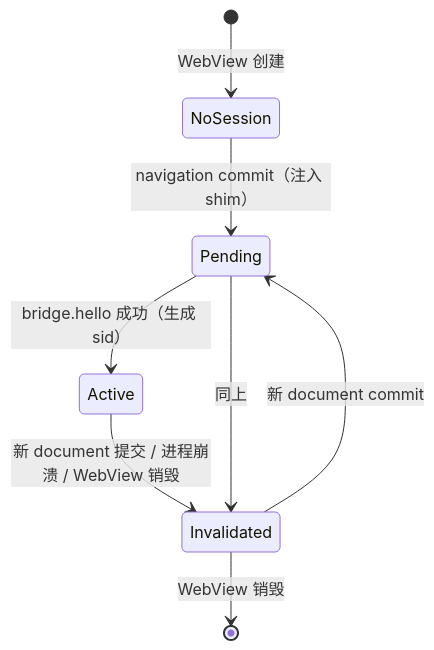
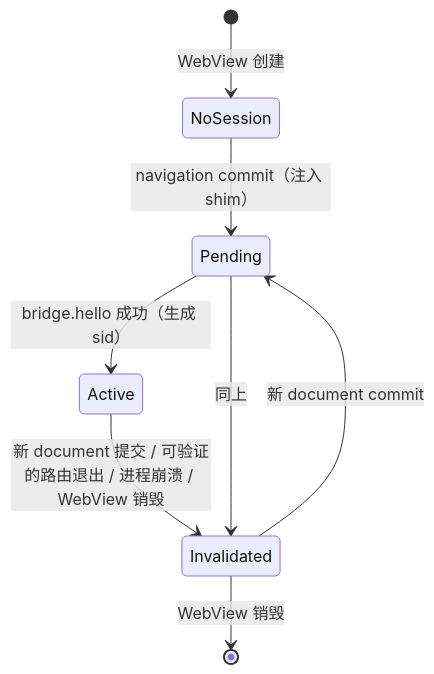
Before and after one commit to Josp3r/open-jsbridge: the sixth of 6 diagrams in docs/protocol.md, drawn with Mermaid. The commit also changed other lines of this file and 42 other files, not shown here.

````diff
--- a/docs/protocol.md
+++ b/docs/protocol.md
@@ -540,10 +544,10 @@
 ```mermaid
 stateDiagram-v2
   [*] --> NoSession: WebView 创建
   NoSession --> Pending: navigation commit（注入 shim）
   Pending --> Active: bridge.hello 成功（生成 sid）
-  Active --> Invalidated: 新 document 提交 / 进程崩溃 / WebView 销毁
+  Active --> Invalidated: 新 document 提交 / 可验证的路由退出 / 进程崩溃 / WebView 销毁
   Pending --> Invalidated: 同上
   Invalidated --> Pending: 新 document commit
   Invalidated --> [*]: WebView 销毁
 ```
````
